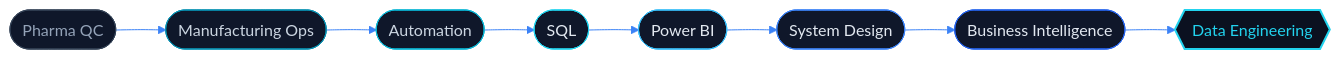
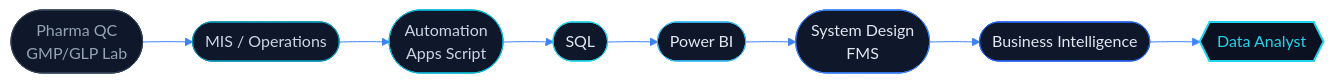
The first of 4 diagrams in README.md (abhishek8762a/abhishek8762a), drawn with Mermaid before and after one commit. The commit also changed other lines of this file, not shown here.

````diff
--- a/README.md
+++ b/README.md
@@ -199,20 +188,20 @@
 ```mermaid
 %%{init: {'theme':'base','themeVariables':{'primaryColor':'#0F172A','primaryTextColor':'#E2E8F0','primaryBorderColor':'#22D3EE','lineColor':'#3B82F6','fontFamily':'Fira Code'}}}%%
 flowchart LR
-    A([Pharma QC]):::a --> B([Manufacturing Ops]):::b
-    B --> C([Automation]):::c
+    A([Pharma QC<br/>GMP/GLP Lab]):::a --> B([MIS / Operations]):::b
+    B --> C([Automation<br/>Apps Script]):::c
     C --> D([SQL]):::d
     D --> E([Power BI]):::e
-    E --> F([System Design]):::f
+    E --> F([System Design<br/>FMS]):::f
     F --> G([Business Intelligence]):::g
-    G --> H{{Data Engineering}}:::h
+    G --> H{{Data Analyst}}:::h
 
     classDef a fill:#0F172A,stroke:#334155,color:#94A3B8;
     classDef b fill:#0F172A,stroke:#0891B2,color:#CBD5E1;
     classDef c fill:#0F172A,stroke:#0AB5D4,color:#CBD5E1;
     classDef d fill:#0F172A,stroke:#22D3EE,color:#E2E8F0;
     classDef e fill:#0F172A,stroke:#38BDF8,color:#E2E8F0;
     classDef f fill:#0F172A,stroke:#3B82F6,color:#E2E8F0;
     classDef g fill:#0F172A,stroke:#2563EB,color:#E2E8F0;
     classDef h fill:#0B1120,stroke:#22D3EE,color:#22D3EE,stroke-width:2px;
 ```
````
